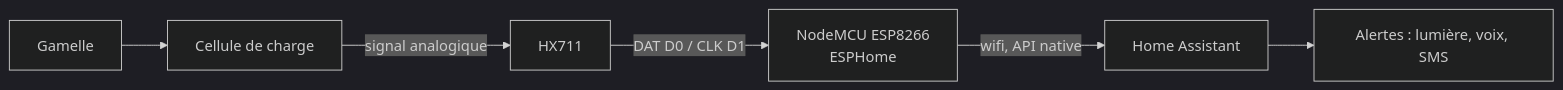
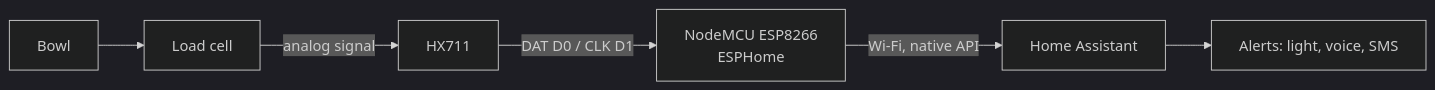
One commit to Nico-1337/ConnectedDogBowl changed the diagram in README.md. Above: the diagram before and after it, drawn with Mermaid (dark theme). The commit also changed other lines of this file and 2 other files, not shown here.

````diff
--- a/README.md
+++ b/README.md
@@ -23,8 +23,8 @@
 ```mermaid
 flowchart LR
-  B[Gamelle] --> C[Cellule de charge]
-  C -->|signal analogique| H[HX711]
+  B[Bowl] --> C[Load cell]
+  C -->|analog signal| H[HX711]
   H -->|DAT D0 / CLK D1| E[NodeMCU ESP8266<br/>ESPHome]
-  E -->|wifi, API native| HA[Home Assistant]
-  HA --> A[Alertes : lumière, voix, SMS]
+  E -->|Wi-Fi, native API| HA[Home Assistant]
+  HA --> A[Alerts: light, voice, SMS]
 ```
````
